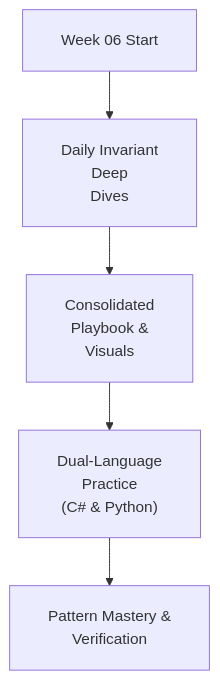
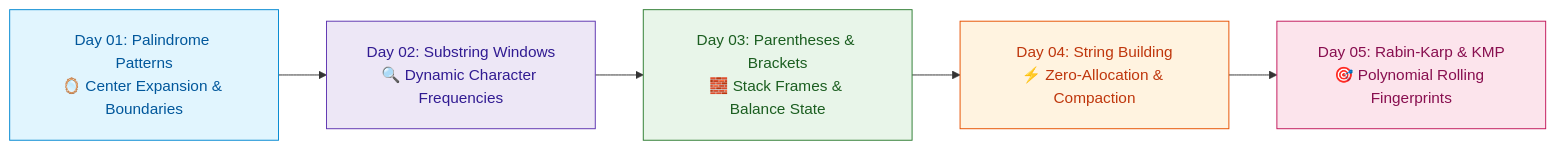
One commit to dip4k/DSA_102 changed the diagram in week_06_string_manipulation_patterns/README.md. Above: the diagram before and after it, drawn with Mermaid. The commit also changed other lines of this file and 147 other files, not shown here.

First line of the commit message:
feat(curriculum): enrich Weeks 01-19 instructional modules & resolve repository-wide Mermaid cutoff

````diff
--- a/week_06_string_manipulation_patterns/README.md
+++ b/week_06_string_manipulation_patterns/README.md
@@ -16,8 +13,14 @@
 ```mermaid
 %%{init: {"flowchart": {"htmlLabels": true, "padding": 20}, "themeCSS": "foreignObject { overflow: visible !important; }"}}%%
-flowchart TD
-    Start["Week 06 Start"] --> Daily["Daily Invariant<br/>Deep<br/>Dives"]
-    Daily --> Playbook["Consolidated<br/>Playbook &<br/>Visuals"]
-    Playbook --> DualLang["Dual-Language<br/>Practice<br/>(C# & Python)"]
-    DualLang --> Mastery["Pattern Mastery &<br/>Verification"]
+flowchart LR
+    D1["Day 01: Palindrome Patterns<br/>🪞 Center Expansion & Boundaries"] --> D2["Day 02: Substring Windows<br/>🔍 Dynamic Character Frequencies"]
+    D2 --> D3["Day 03: Parentheses & Brackets<br/>🧱 Stack Frames & Balance State"]
+    D3 --> D4["Day 04: String Building<br/>⚡ Zero-Allocation & Compaction"]
+    D4 --> D5["Day 05: Rabin-Karp & KMP<br/>🎯 Polynomial Rolling Fingerprints"]
+
+    style D1 fill:#e1f5fe,stroke:#0288d1,color:#01579b
+    style D2 fill:#ede7f6,stroke:#5e35b1,color:#311b92
+    style D3 fill:#e8f5e9,stroke:#2e7d32,color:#1b5e20
+    style D4 fill:#fff3e0,stroke:#e65100,color:#bf360c
+    style D5 fill:#fce4ec,stroke:#c2185b,color:#880e4f
 ```
````
